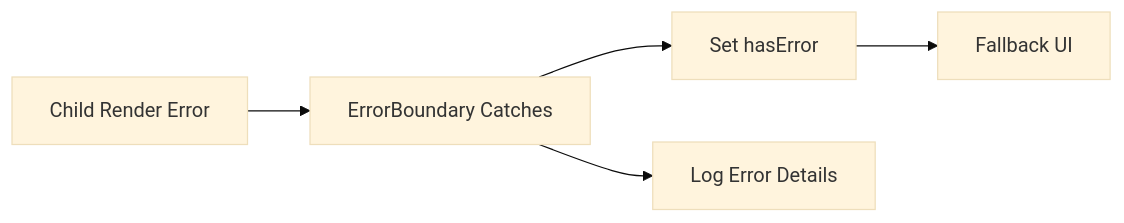
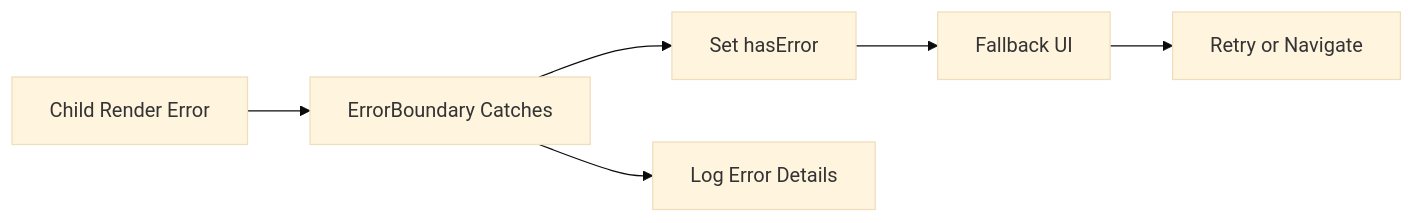
One commit to kaushalkumar8459/CodingTerminal-Tutorial-Notes changed the diagram in tutorial-platform/public/tutorials/react/day-059-error-boundaries.md. Above: the diagram before and after it, drawn with Mermaid (base theme). The commit also changed other lines of this file, not shown here.

````diff
--- a/tutorial-platform/public/tutorials/react/day-059-error-boundaries.md
+++ b/tutorial-platform/public/tutorials/react/day-059-error-boundaries.md
@@ -183,7 +238,8 @@
 ```mermaid
 flowchart LR
 		A[Child Render Error] --> B[ErrorBoundary Catches]
 		B --> C[Set hasError]
 		C --> D[Fallback UI]
 		B --> E[Log Error Details]
+		D --> F[Retry or Navigate]
 ```
````
